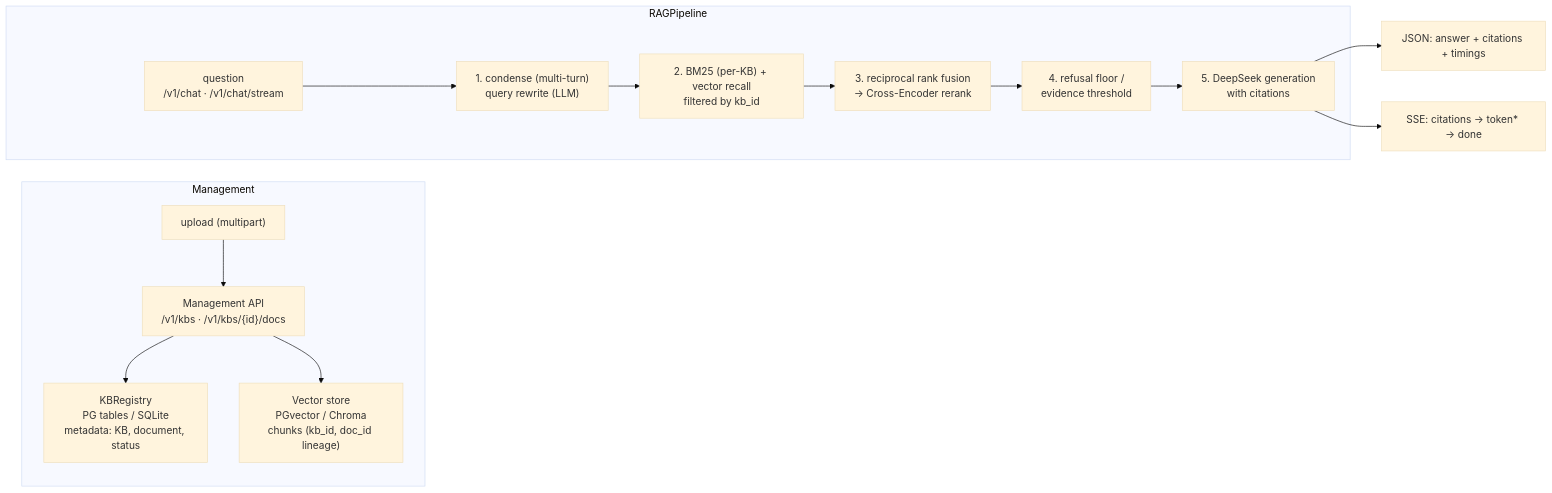
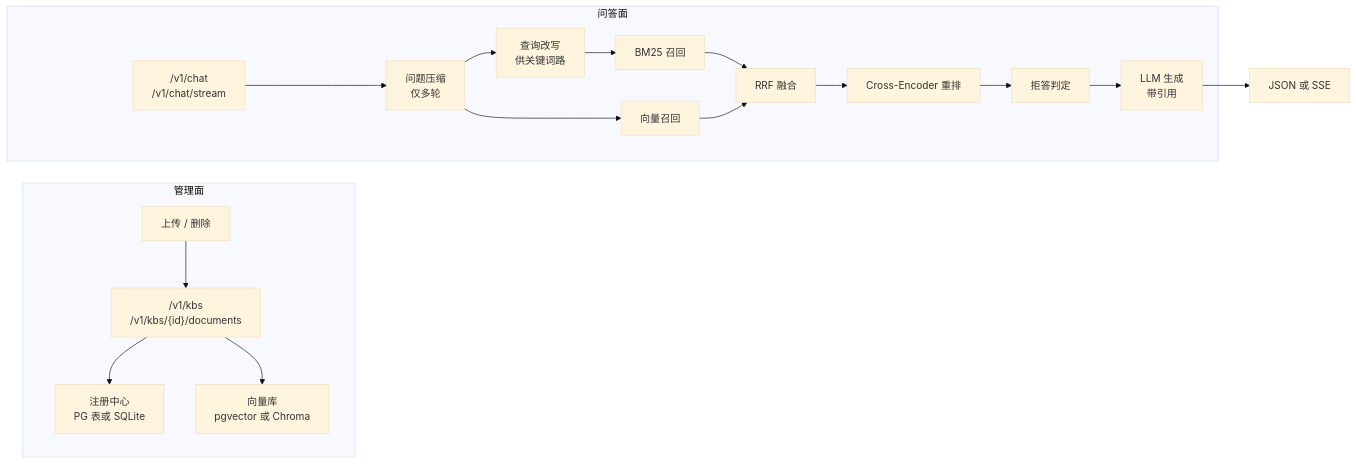
The diagram in README.zh-CN.md (zeng-bohan/enterprise-rag-qa), drawn with Mermaid (base theme) before and after one commit. The commit also changed other lines of this file and 16 other files, not shown here.

First line of the commit message:
fix: serialize SQLite registry writes and keep one document record on failed ingestion

````diff
--- a/README.zh-CN.md
+++ b/README.zh-CN.md
@@ -74,19 +32,22 @@
 ```mermaid
 flowchart LR
-    subgraph MGMT[Management]
-        U["upload (multipart)"] --> API["Management API<br/>/v1/kbs · /v1/kbs/{id}/docs"]
-        API --> REG["KBRegistry<br/>PG tables / SQLite<br/>metadata: KB, document, status"]
-        API --> VS["Vector store<br/>PGvector / Chroma<br/>chunks (kb_id, doc_id lineage)"]
+    subgraph MGMT[管理面]
+        U["上传 / 删除"] --> API["/v1/kbs<br/>/v1/kbs/{id}/documents"]
+        API --> REG["注册中心<br/>PG 表或 SQLite"]
+        API --> VS["向量库<br/>pgvector 或 Chroma"]
     end
 
-    subgraph PIPE[RAGPipeline]
-        Q["question<br/>/v1/chat · /v1/chat/stream"] --> C["1. condense (multi-turn)<br/>query rewrite (LLM)"]
-        C --> R["2. BM25 (per-KB) + vector recall<br/>filtered by kb_id"]
-        R --> F["3. reciprocal rank fusion<br/>→ Cross-Encoder rerank"]
-        F --> RF["4. refusal floor /<br/>evidence threshold"]
-        RF --> G["5. DeepSeek generation<br/>with citations"]
+    subgraph QUERY[问答面]
+        Q["/v1/chat<br/>/v1/chat/stream"] --> C["问题压缩<br/>仅多轮"]
+        C --> RW["查询改写<br/>供关键词路"]
+        C --> VEC["向量召回"]
+        RW --> BM["BM25 召回"]
+        BM --> F["RRF 融合"]
+        VEC --> F
+        F --> RR["Cross-Encoder 重排"]
+        RR --> G["拒答判定"]
+        G --> L["LLM 生成<br/>带引用"]
     end
 
-    G --> J["JSON: answer + citations + timings"]
-    G --> S["SSE: citations → token* → done"]
+    L --> A["JSON 或 SSE"]
 ```
````
